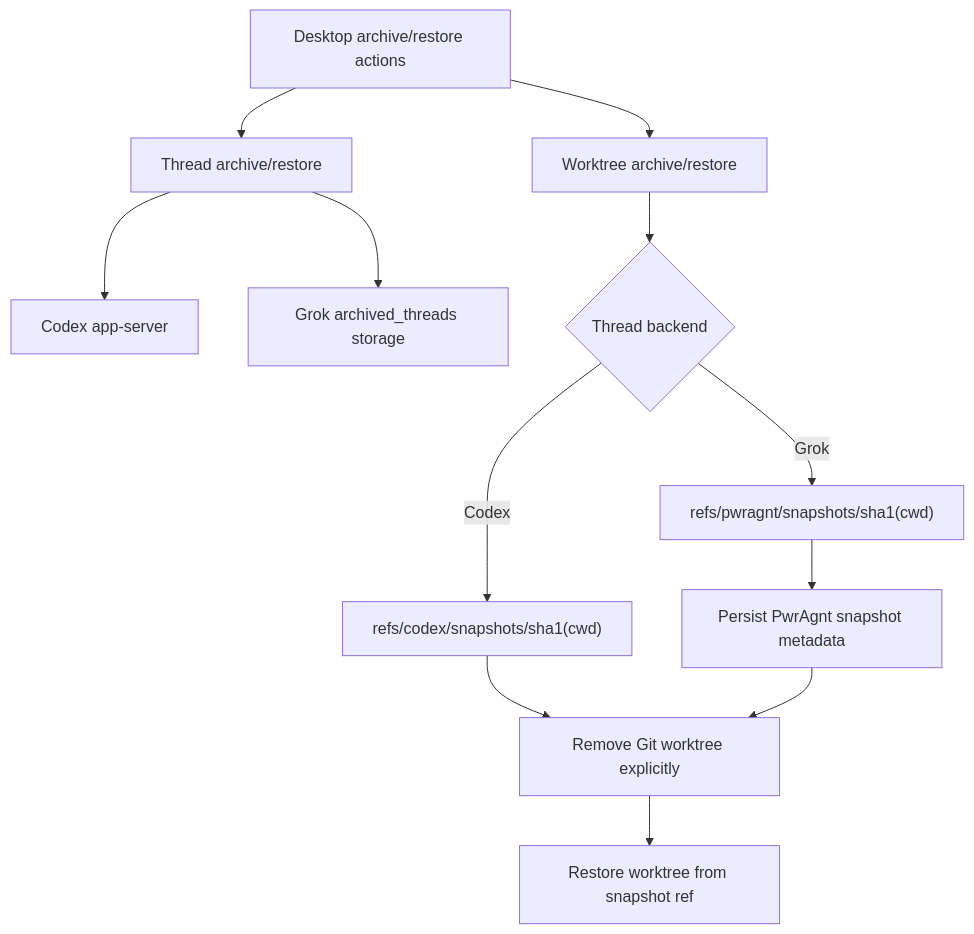
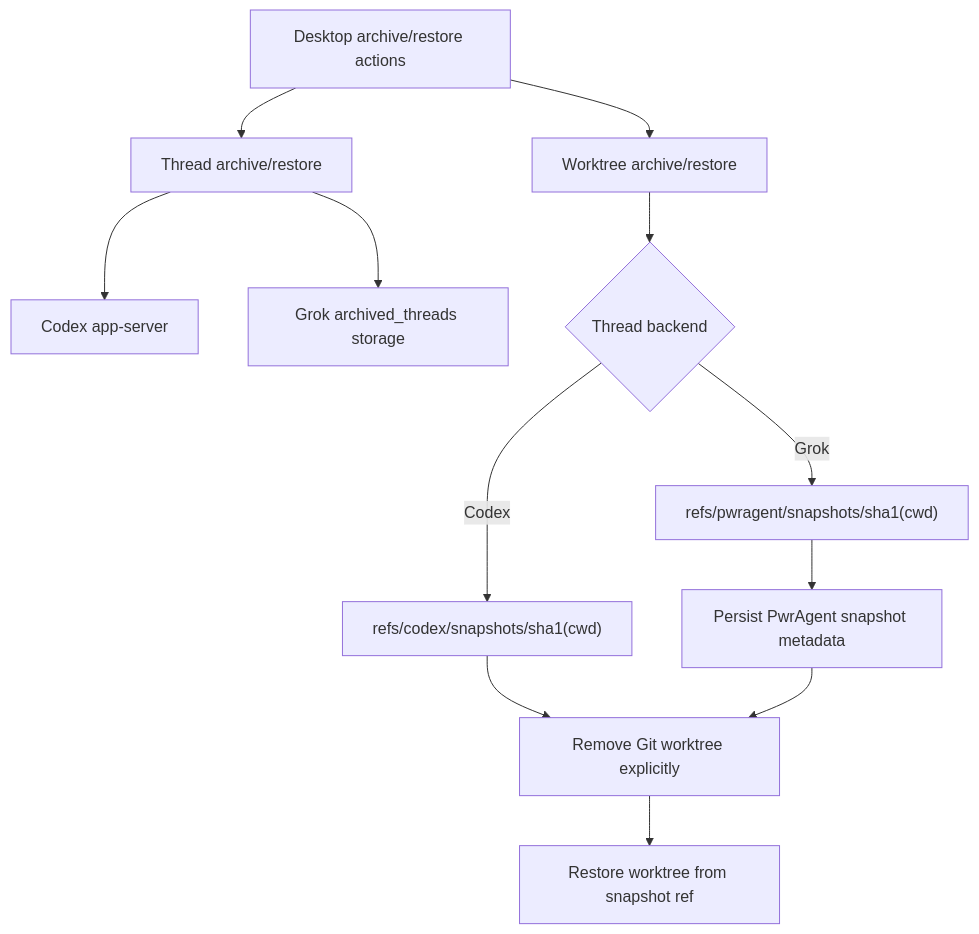
The first of 2 diagrams in docs/plans/2026-04-22-003-feat-thread-worktree-archive-restore-plan.md (pwrdrvr/PwrAgent), drawn with Mermaid before and after one commit. The commit also changed other lines of this file and 346 other files, not shown here.

First line of the commit message:
feat(desktop): rebrand PwrAgnt to PwrAgent (#161)

````diff
--- a/docs/plans/2026-04-22-003-feat-thread-worktree-archive-restore-plan.md
+++ b/docs/plans/2026-04-22-003-feat-thread-worktree-archive-restore-plan.md
@@ -241,17 +241,17 @@
 ```mermaid
 flowchart TB
     UI["Desktop archive/restore actions"] --> THREAD["Thread archive/restore"]
     UI --> WT["Worktree archive/restore"]
 
     THREAD --> CODEX_API["Codex app-server"]
     THREAD --> GROK_STORE["Grok archived_threads storage"]
 
     WT --> OWNER{"Thread backend"}
     OWNER -->|Codex| CODEX_REF["refs/codex/snapshots/sha1(cwd)"]
-    OWNER -->|Grok| PWR_REF["refs/pwragnt/snapshots/sha1(cwd)"]
+    OWNER -->|Grok| PWR_REF["refs/pwragent/snapshots/sha1(cwd)"]
 
     CODEX_REF --> REMOVE["Remove Git worktree explicitly"]
-    PWR_REF --> META["Persist PwrAgnt snapshot metadata"]
+    PWR_REF --> META["Persist PwrAgent snapshot metadata"]
     META --> REMOVE
     REMOVE --> RESTORE["Restore worktree from snapshot ref"]
 ```
````
